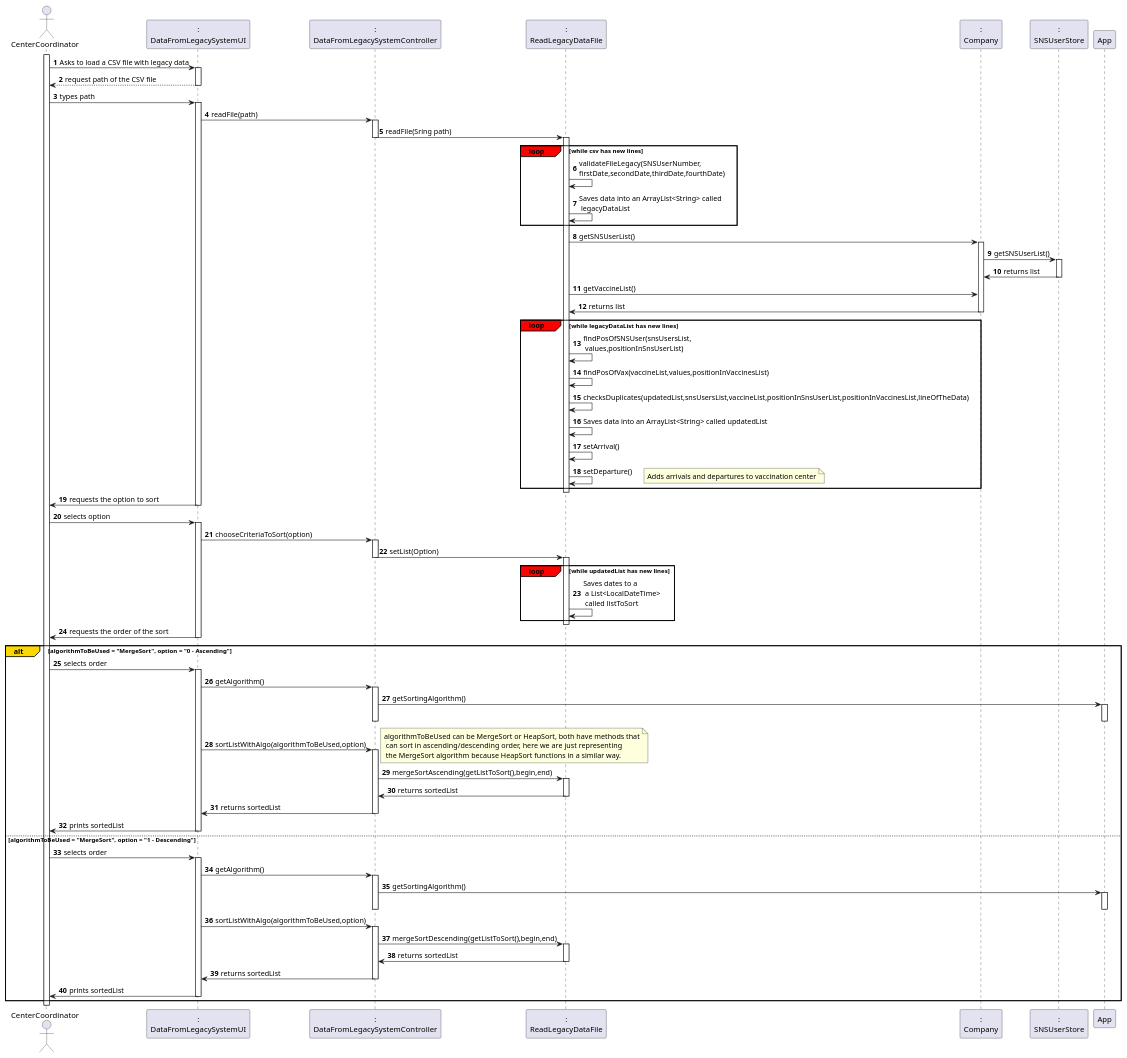
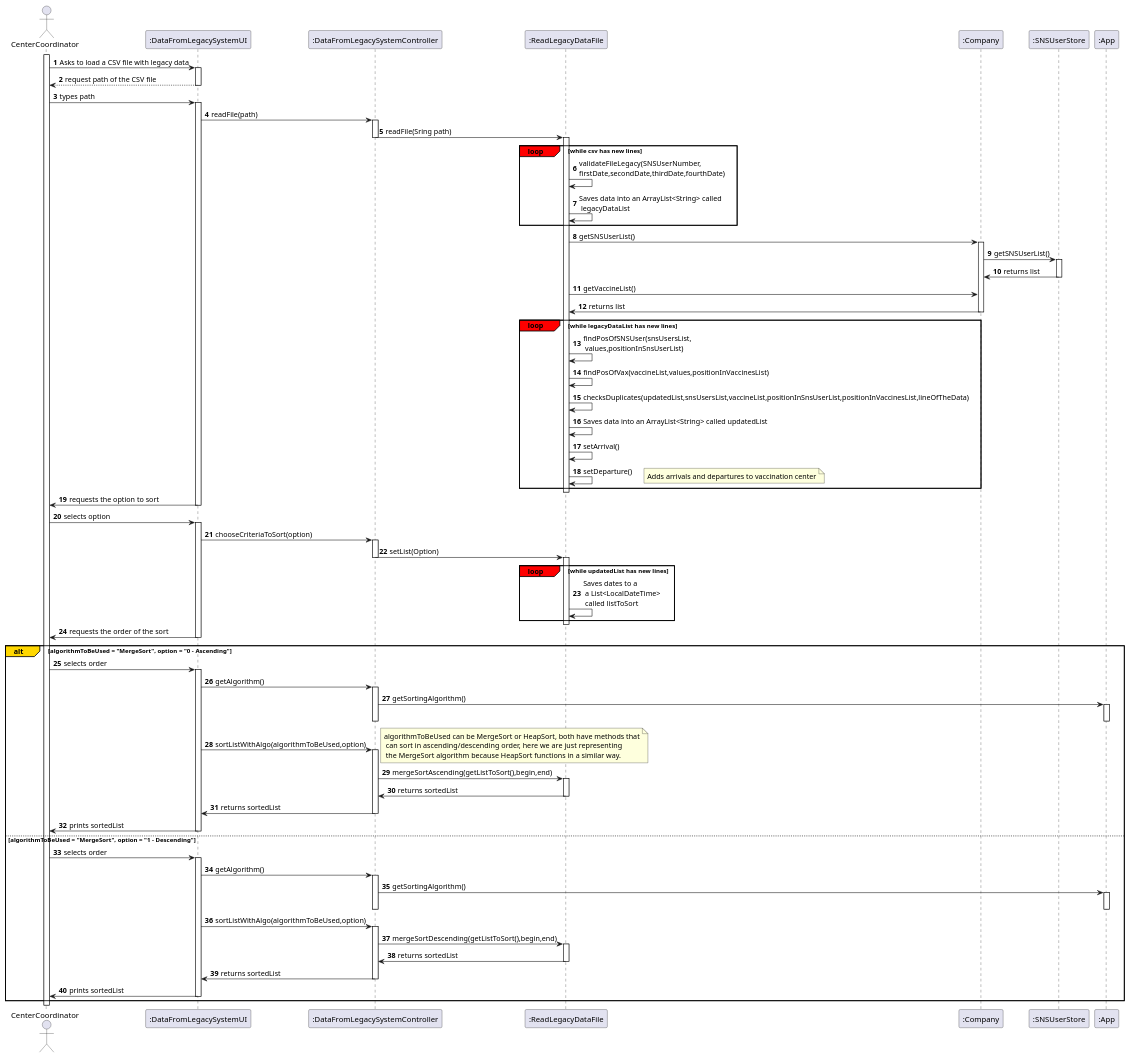
Before and after one commit to Pirussa/lei-22-s2-1da-g02: the diagram in docs/SprintD/US017/US017_SD.puml, drawn with PlantUML. The commit also changed 2 other files, not shown here.

Commit message:
US17 - Implementation - Removing comments from controller.

```diff
--- a/docs/SprintD/US017/US017_SD.puml
+++ b/docs/SprintD/US017/US017_SD.puml
@@ -3,151 +3,151 @@
 @startuml
 
 autonumber
 actor "CenterCoordinator" as CC
-participant ":\nDataFromLegacySystemUI" as UI
-participant ":\nDataFromLegacySystemController" as CTRL
-participant ":\nReadLegacyDataFile" as RDLF
-participant ":\nCompany" as Comp
-participant ":\nSNSUserStore" as SNSStore
-participant "App" as App
+participant ":DataFromLegacySystemUI" as UI
+participant ":DataFromLegacySystemController" as CTRL
+participant ":ReadLegacyDataFile" as RDLF
+participant ":Company" as Comp
+participant ":SNSUserStore" as SNSStore
+participant ":App" as App
 
 
 activate CC
 CC -> UI : Asks to load a CSV file with legacy data
 activate UI
 
 
 
 UI --> CC : request path of the CSV file
 deactivate UI
 
 CC -> UI : types path
 activate UI
 
 UI -> CTRL : readFile(path)
 
 activate CTRL
 CTRL -> RDLF : readFile(Sring path)
 deactivate CTRL
 
 activate RDLF
 
 
 loop#Red while csv has new lines
 RDLF -> RDLF : validateFileLegacy(SNSUserNumber,\nfirstDate,secondDate,thirdDate,fourthDate)
 
 RDLF -> RDLF : Saves data into an ArrayList<String> called\n legacyDataList
 
 end loop
 
 
 RDLF -> Comp : getSNSUserList()
 activate Comp
 Comp -> SNSStore : getSNSUserList()
 activate SNSStore
 SNSStore -> Comp : returns list
 deactivate SNSStore
 RDLF -> Comp : getVaccineList()
 Comp -> RDLF : returns list
 deactivate Comp
 loop#Red while legacyDataList has new lines
 
 RDLF -> RDLF : findPosOfSNSUser(snsUsersList,\n values,positionInSnsUserList)
 
 
 
 deactivate Comp
 RDLF -> RDLF : findPosOfVax(vaccineList,values,positionInVaccinesList)
 
 RDLF -> RDLF : checksDuplicates(updatedList,snsUsersList,vaccineList,positionInSnsUserList,positionInVaccinesList,lineOfTheData)
 
 RDLF -> RDLF : Saves data into an ArrayList<String> called updatedList
 
 RDLF -> RDLF : setArrival()
 RDLF -> RDLF : setDeparture()
 note right : Adds arrivals and departures to vaccination center
 end loop
 
 deactivate RDLF
 
 
 UI -> CC : requests the option to sort
 
 
 deactivate UI
 CC -> UI : selects option
 activate UI
 
 UI -> CTRL : chooseCriteriaToSort(option)
 activate CTRL
 CTRL -> RDLF : setList(Option)
 deactivate CTRL
 activate RDLF
 loop#Red while updatedList has new lines
 RDLF -> RDLF : Saves dates to a \n a List<LocalDateTime> \n called listToSort
 end loop
 deactivate RDLF
 UI -> CC: requests the order of the sort
 deactivate UI
 alt#Gold algorithmToBeUsed = "MergeSort", option = "0 - Ascending"
 CC -> UI: selects order
 activate UI
 
 UI -> CTRL : getAlgorithm()
 activate CTRL
 CTRL -> App : getSortingAlgorithm()
 
 activate App
 
 deactivate App
 deactivate CTRL
 
 
 UI -> CTRL: sortListWithAlgo(algorithmToBeUsed,option)
 note right: algorithmToBeUsed can be MergeSort or HeapSort, both have methods that\n can sort in ascending/descending order, here we are just representing \n the MergeSort algorithm because HeapSort functions in a similar way.
 activate CTRL
 
 CTRL -> RDLF : mergeSortAscending(getListToSort(),begin,end)
 activate RDLF
 
 
 
 RDLF -> CTRL : returns sortedList
 deactivate RDLF
 CTRL -> UI : returns sortedList
 
 deactivate CTRL
 
 UI -> CC : prints sortedList
 deactivate UI
 else algorithmToBeUsed = "MergeSort", option = "1 - Descending"
 CC -> UI: selects order
 activate UI
 
 
 UI -> CTRL : getAlgorithm()
 activate CTRL
 CTRL -> App : getSortingAlgorithm()
 
 activate App
 
 deactivate App
 deactivate CTRL
 
 
 UI -> CTRL: sortListWithAlgo(algorithmToBeUsed,option)
 activate CTRL
 
 CTRL -> RDLF : mergeSortDescending(getListToSort(),begin,end)
 activate RDLF
 
 RDLF -> CTRL : returns sortedList
 deactivate RDLF
 CTRL -> UI : returns sortedList
 
 deactivate CTRL
 UI -> CC : prints sortedList
 deactivate UI
 end alt
 
 @enduml
```
